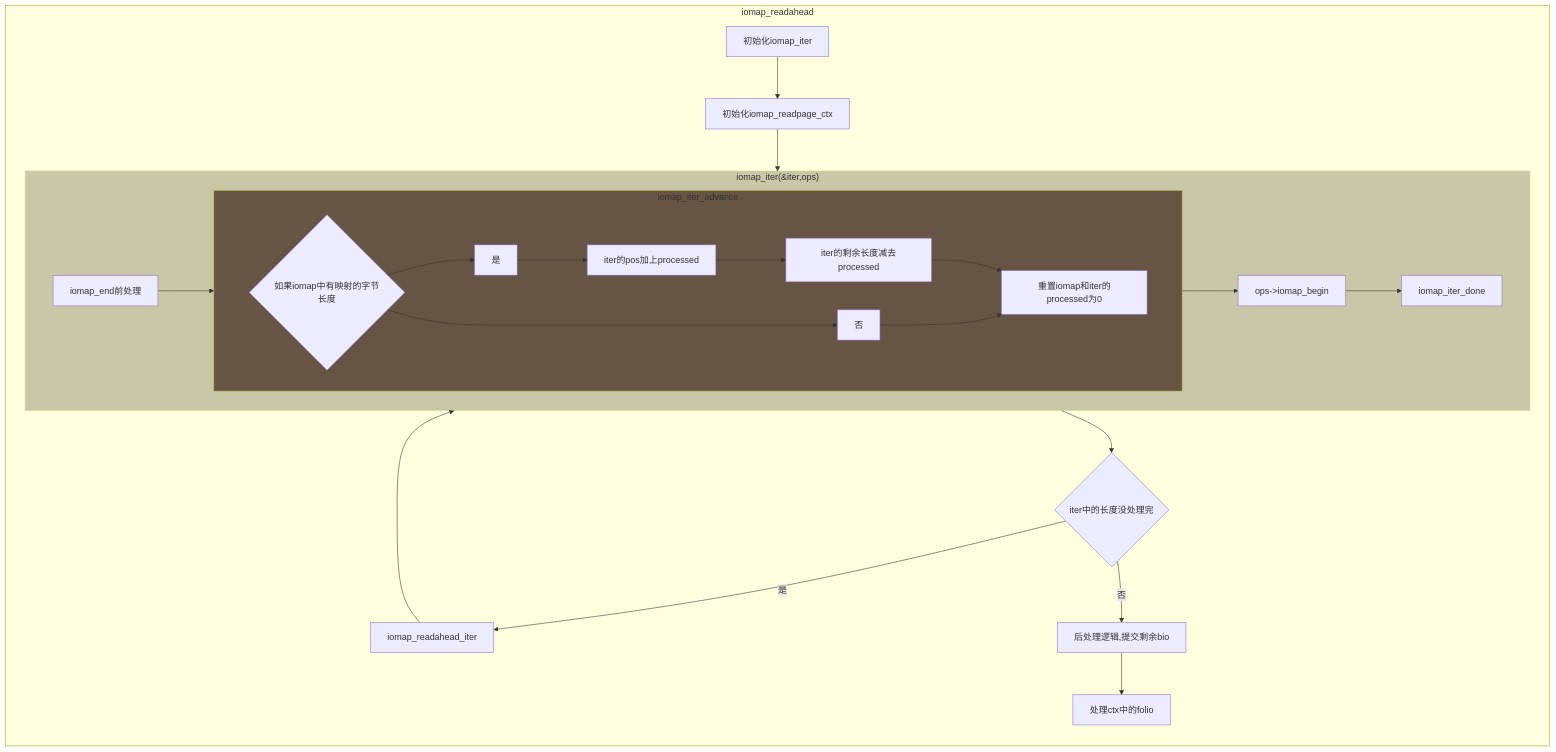
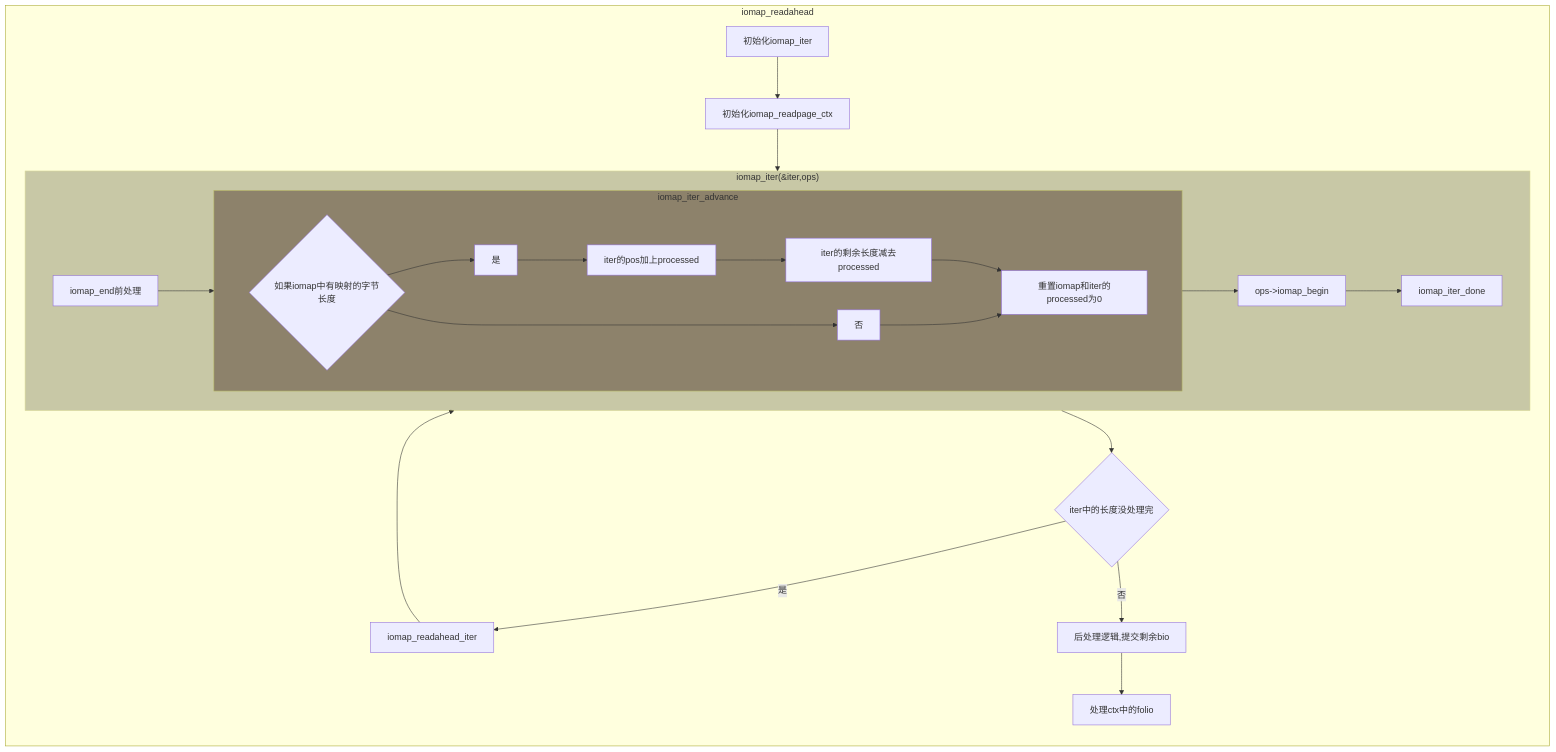
One commit to sigmanature/learn_os_note changed the diagram in 6.13.1内核文档注释/fs/iomap/buffered_io.c/README.md. Above: the diagram before and after it, drawn with Mermaid.

````diff
--- a/6.13.1内核文档注释/fs/iomap/buffered_io.c/README.md
+++ b/6.13.1内核文档注释/fs/iomap/buffered_io.c/README.md
@@ -2,20 +2,20 @@
 ```mermaid
 graph LR
     subgraph c[iomap_iter_advance]
         1{如果iomap中有映射的字节长度}
         1-->是-->iter的pos加上processed-->iter的剩余长度减去processed-->2[重置iomap和iter的processed为0]
         1-->否-->2
     end
     subgraph b["iomap_iter(&iter,ops)"]
         G[iomap_end前处理]-->c-->I["ops->iomap_begin"]-->J[iomap_iter_done]
     end
     style b fill:#775,opacity:0.4
-    style c fill:#654
+    style c fill:#654,opacity:0.6
     subgraph a[iomap_readahead]
         A[初始化iomap_iter]-->B[初始化iomap_readpage_ctx]-->b-->C{"iter中的长度没处理完"}
         C--是-->D[iomap_readahead_iter]-->b
         C--否-->E[后处理逻辑,提交剩余bio]-->F[处理ctx中的folio]
     end
     
 click A "https://github.com/sigmanature/learn_os_note/blob/main/6.13.1%E5%86%85%E6%A0%B8%E6%96%87%E6%A1%A3%E6%B3%A8%E9%87%8A/include/linux/iomap.h/struct_iomap_iter.md"
 ```
````
